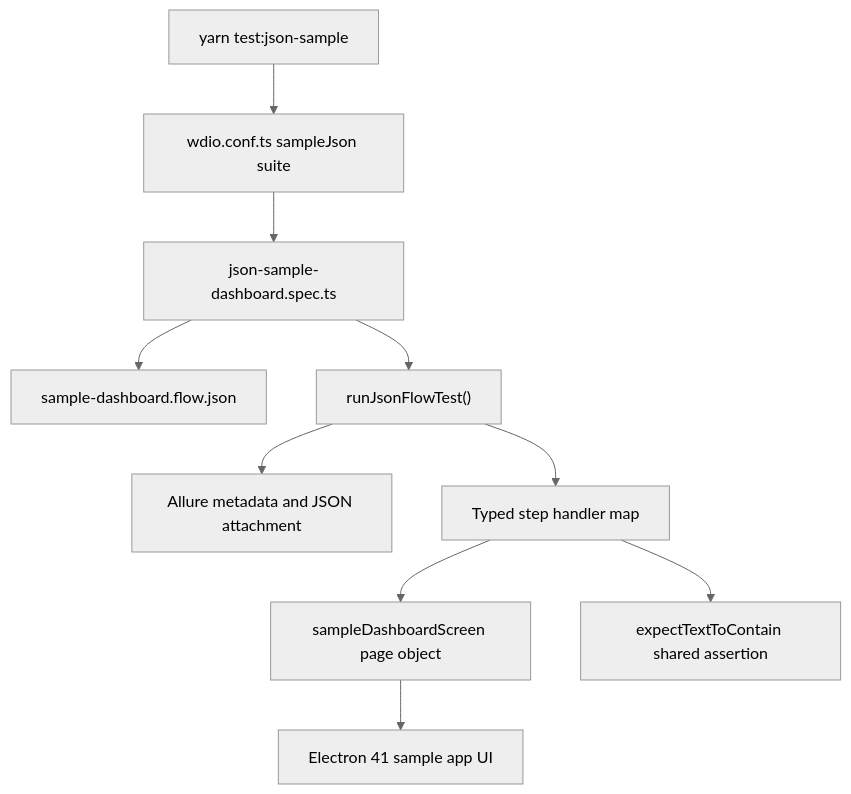
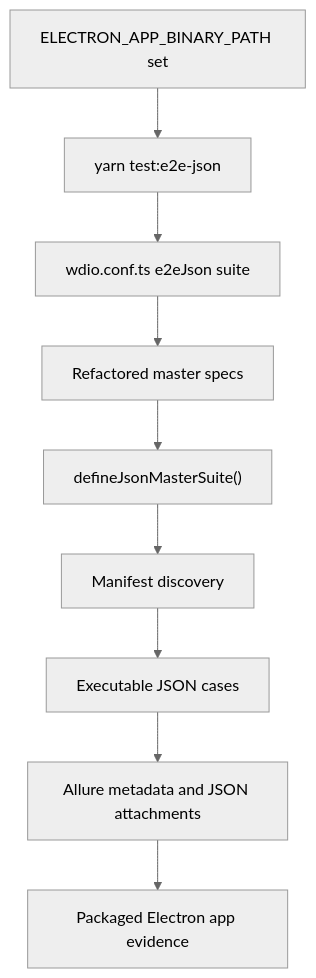
One commit to bek4466/WDIO-electron-framework changed the diagram in docs/json-refactor-changes.md. Above: the diagram before and after it, drawn with Mermaid (neutral theme). The commit also changed other lines of this file and 19 other files, not shown here.

Commit message:
Remove mock Electron app assets

````diff
--- a/docs/json-refactor-changes.md
+++ b/docs/json-refactor-changes.md
@@ -36,12 +11,11 @@
 ```mermaid
 flowchart TD
-  A["yarn test:json-sample"] --> B["wdio.conf.ts sampleJson suite"]
-  B --> C["json-sample-dashboard.spec.ts"]
-  C --> D["sample-dashboard.flow.json"]
-  C --> E["runJsonFlowTest()"]
-  E --> F["Allure metadata and JSON attachment"]
-  E --> G["Typed step handler map"]
-  G --> H["sampleDashboardScreen page object"]
-  G --> I["expectTextToContain shared assertion"]
-  H --> J["Electron 41 sample app UI"]
+  A["ELECTRON_APP_BINARY_PATH set"] --> B["yarn test:e2e-json"]
+  B --> C["wdio.conf.ts e2eJson suite"]
+  C --> D["Refactored master specs"]
+  D --> E["defineJsonMasterSuite()"]
+  E --> F["Manifest discovery"]
+  F --> G["Executable JSON cases"]
+  G --> H["Allure metadata and JSON attachments"]
+  H --> I["Packaged Electron app evidence"]
 ```
````
